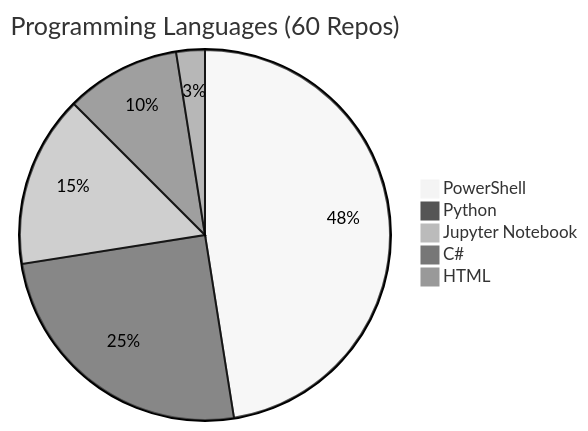
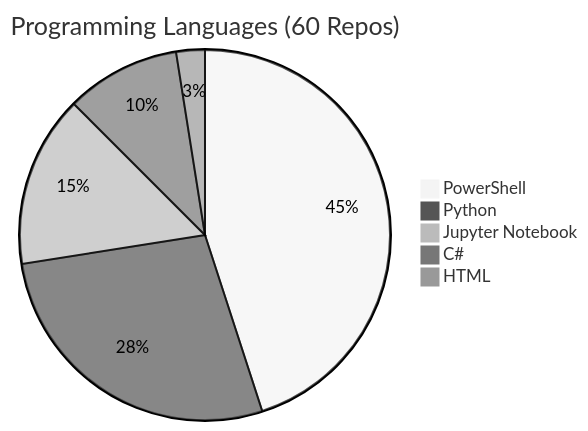
One commit to fabioc-aloha/fabioc-aloha changed the diagram in REPOS.md. Above: the diagram before and after it, drawn with Mermaid (neutral theme). The commit also changed other lines of this file and 1 other file, not shown here.

````diff
--- a/REPOS.md
+++ b/REPOS.md
@@ -103,8 +103,8 @@
 ```mermaid
 pie title Programming Languages (60 Repos)
-    "PowerShell" : 19
-    "Python" : 10
+    "PowerShell" : 18
+    "Python" : 11
     "Jupyter Notebook" : 6
     "C#" : 4
     "HTML" : 1
 ```
````
